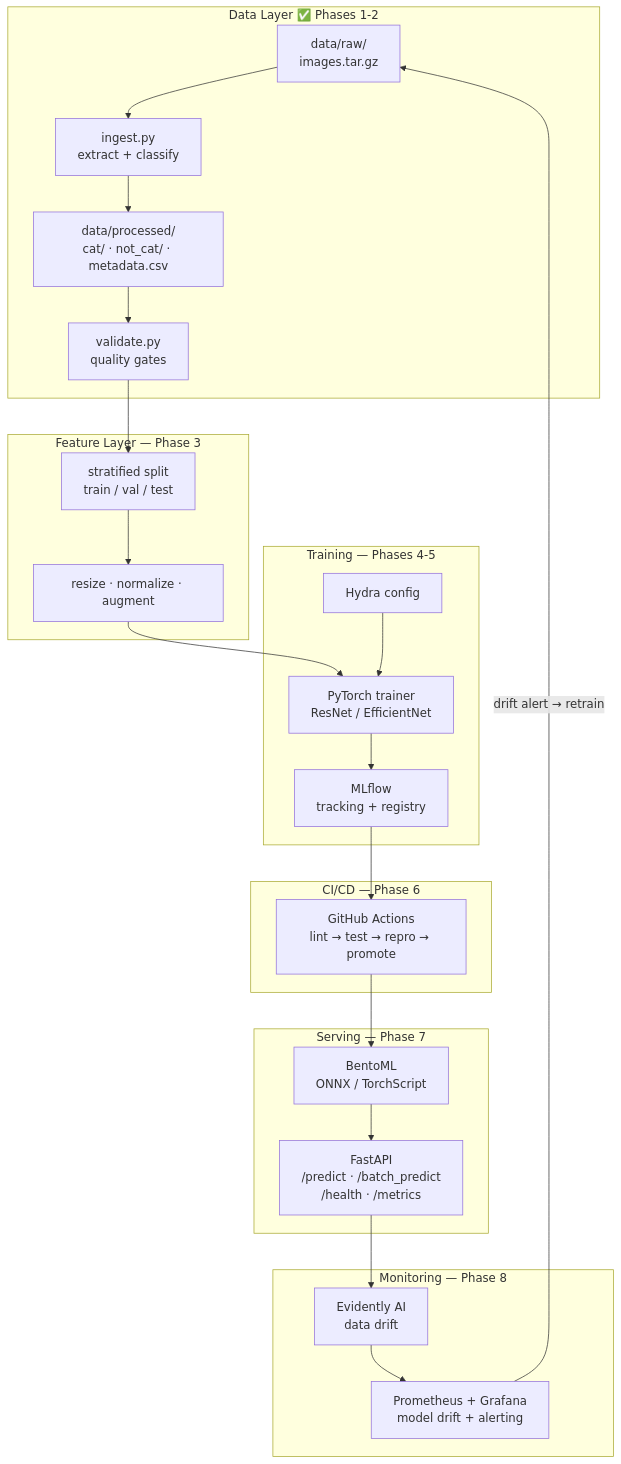
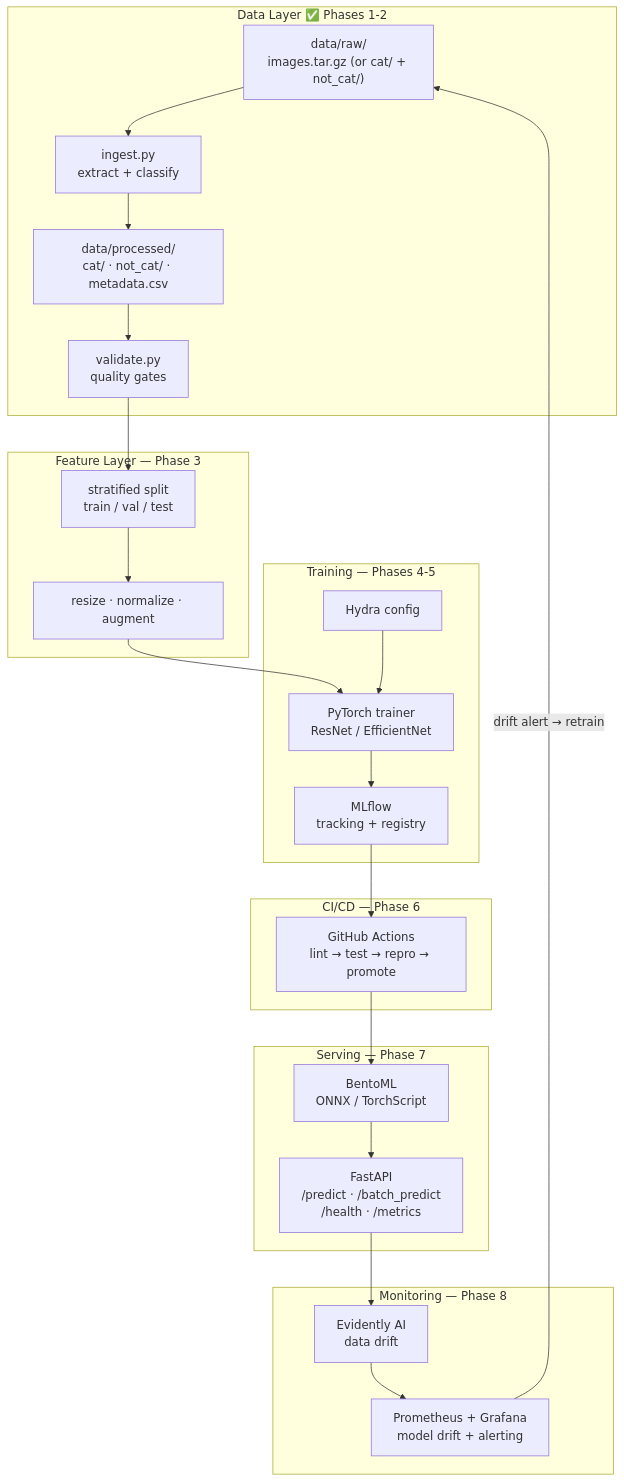
One commit to afonsocosta90/purr-duction-pipeline changed the first of 2 diagrams in docs/Architecture.md. Above: the diagram before and after it, drawn with Mermaid. The commit also changed other lines of this file and 2 other files, not shown here.

````diff
--- a/docs/Architecture.md
+++ b/docs/Architecture.md
@@ -44,41 +44,35 @@
 ```mermaid
 flowchart TD
     subgraph Data["Data Layer ✅ Phases 1-2"]
-        RAW["data/raw/<br/>images.tar.gz"]
+        RAW["data/raw/<br/>images.tar.gz (or cat/ + not_cat/)"]
         INGEST["ingest.py<br/>extract + classify"]
         PROC["data/processed/<br/>cat/ · not_cat/ · metadata.csv"]
         VAL["validate.py<br/>quality gates"]
     end
-
     subgraph Features["Feature Layer — Phase 3"]
         SPLIT["stratified split<br/>train / val / test"]
         FEAT["resize · normalize · augment"]
     end
-
     subgraph Training["Training — Phases 4-5"]
         HYDRA["Hydra config"]
         TRAIN["PyTorch trainer<br/>ResNet / EfficientNet"]
         MLFLOW["MLflow<br/>tracking + registry"]
     end
-
     subgraph CICD["CI/CD — Phase 6"]
         GH["GitHub Actions<br/>lint → test → repro → promote"]
     end
-
     subgraph Serving["Serving — Phase 7"]
         BENTO["BentoML<br/>ONNX / TorchScript"]
         API["FastAPI<br/>/predict · /batch_predict<br/>/health · /metrics"]
     end
-
     subgraph Monitor["Monitoring — Phase 8"]
         EVIDENTLY["Evidently AI<br/>data drift"]
         PROM["Prometheus + Grafana<br/>model drift + alerting"]
     end
-
     RAW --> INGEST --> PROC --> VAL
     VAL --> SPLIT --> FEAT --> TRAIN
     HYDRA --> TRAIN --> MLFLOW
     MLFLOW --> GH --> BENTO --> API
     API --> EVIDENTLY --> PROM
     PROM -->|"drift alert → retrain"| RAW
 ```
````
